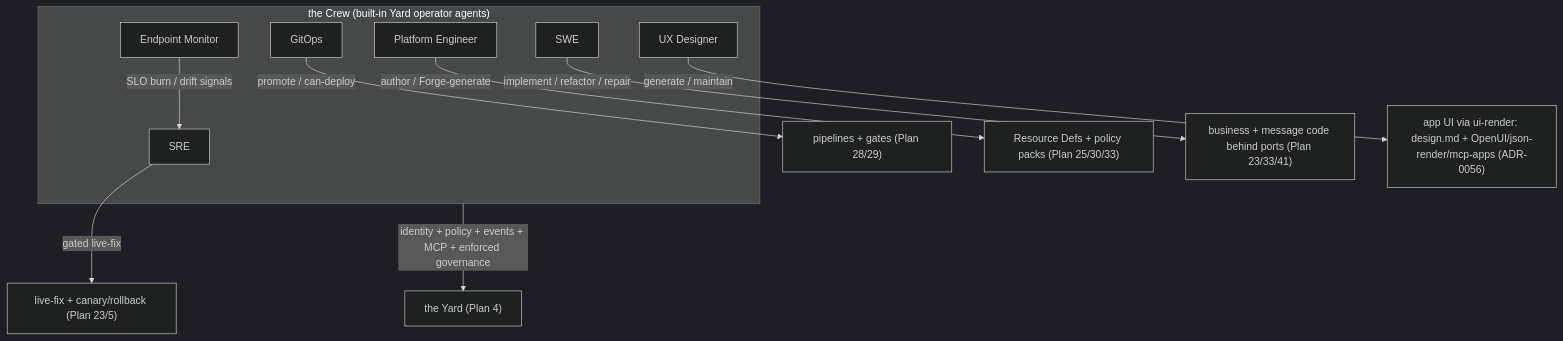
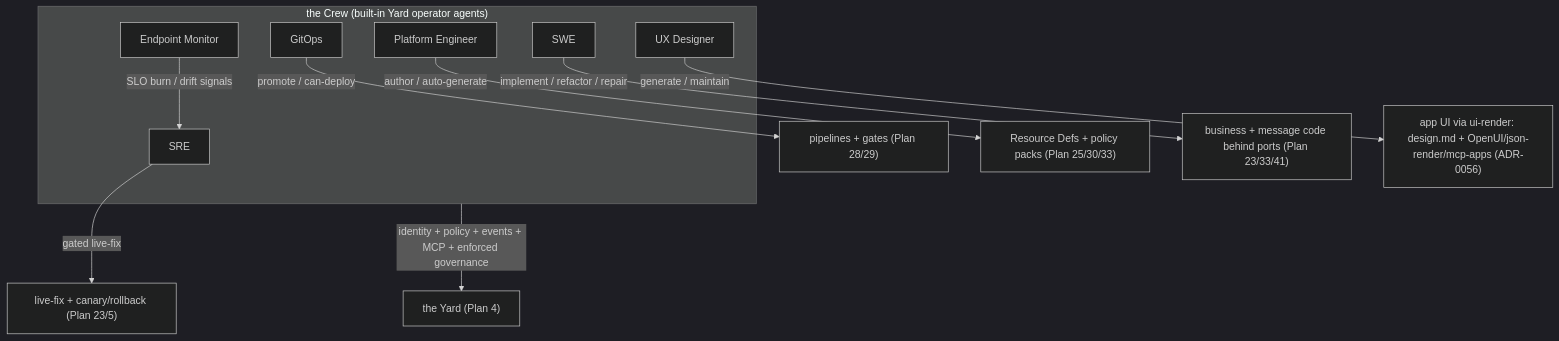
One commit to Tyler-R-Kendrick/HoBo changed the first of 2 diagrams in docs/design/operators-sre.md. Above: the diagram before and after it, drawn with Mermaid (dark theme). The commit also changed other lines of this file and 31 other files, not shown here.

````diff
--- a/docs/design/operators-sre.md
+++ b/docs/design/operators-sre.md
@@ -20,18 +20,18 @@
 ```mermaid
 flowchart TB
   subgraph CREW["the Crew (built-in Yard operator agents)"]
     SRE["SRE"]
     EM["Endpoint Monitor"]
     GO["GitOps"]
     PE["Platform Engineer"]
     SWE["SWE"]
     UX["UX Designer"]
   end
   EM -->|SLO burn / drift signals| SRE
   SRE -->|gated live-fix| FIX["live-fix + canary/rollback (Plan 23/5)"]
   GO -->|promote / can-deploy| DEP["pipelines + gates (Plan 28/29)"]
-  PE -->|author / Forge-generate| DEFS["Resource Defs + policy packs (Plan 25/30/33)"]
+  PE -->|author / auto-generate| DEFS["Resource Defs + policy packs (Plan 25/30/33)"]
   SWE -->|implement / refactor / repair| CODE["business + message code behind ports (Plan 23/33/41)"]
   UX -->|generate / maintain| UI["app UI via ui-render: design.md + OpenUI/json-render/mcp-apps (ADR-0056)"]
   CREW -->|identity + policy + events + MCP + enforced governance| YARD["the Yard (Plan 4)"]
 ```
````
